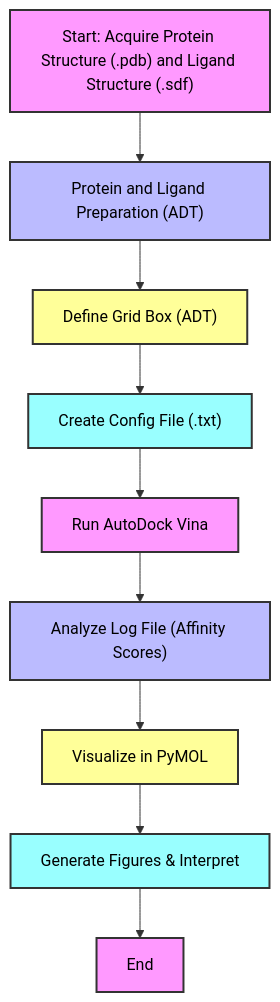
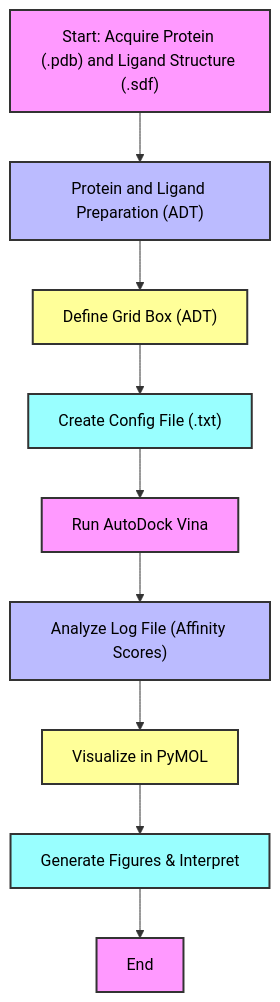
Before and after one commit to Khaled-H-Mousa/Docking-Analysis: the diagram in README.md, drawn with Mermaid.

Commit message:
README.md

````diff
--- a/README.md
+++ b/README.md
@@ -45,22 +45,22 @@
 ```mermaid
 graph
-    A["Start: Acquire Protein Structure (.pdb) and Ligand Structure (.sdf)"] --> D["Protein and Ligand Preparation (ADT)"]
+    A["Start: Acquire Protein (.pdb) and Ligand Structure (.sdf)"] --> D["Protein and Ligand Preparation (ADT)"]
     D --> F["Define Grid Box (ADT)"]
     F --> G["Create Config File (.txt)"]
     G --> H["Run AutoDock Vina"]
     H --> I["Analyze Log File (Affinity Scores)"]
     I --> J["Visualize in PyMOL"]
     J --> K["Generate Figures & Interpret"]
     K --> L[End]
 
     %% Your original color palette applied logically
     style A fill:#f9f,stroke:#333,stroke-width:2px,color:#000
     style D fill:#bbf,stroke:#333,stroke-width:2px,color:#000
     style F fill:#ff9,stroke:#333,stroke-width:2px,color:#000
     style G fill:#9ff,stroke:#333,stroke-width:2px,color:#000
     style H fill:#f9f,stroke:#333,stroke-width:2px,color:#000
     style I fill:#bbf,stroke:#333,stroke-width:2px,color:#000
     style J fill:#ff9,stroke:#333,stroke-width:2px,color:#000
     style K fill:#9ff,stroke:#333,stroke-width:2px,color:#000
     style L fill:#f9f,stroke:#333,stroke-width:2px,color:#000
 ```
````
